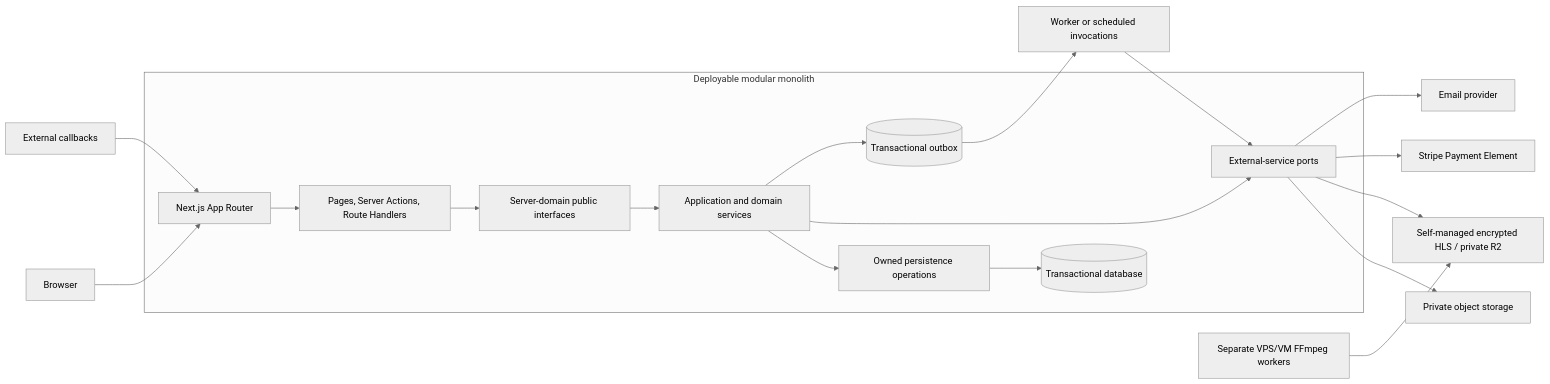
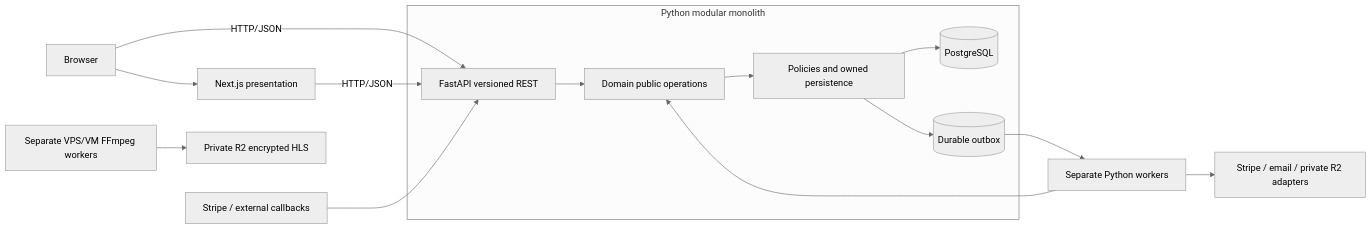
One commit to IBPA-ANDREEVA/lms-academy changed the diagram in docs/architecture/overview.md. Above: the diagram before and after it, drawn with Mermaid (neutral theme). The commit also changed other lines of this file and 511 other files, not shown here.

First line of the commit message:
docs: consolidate Python backend architecture migration

````diff
--- a/docs/architecture/overview.md
+++ b/docs/architecture/overview.md
@@ -74,23 +78,17 @@
 ```mermaid
 flowchart LR
-    Browser[Browser] --> App[Next.js App Router]
-    Provider[External callbacks] --> App
-
-    subgraph Monolith[Deployable modular monolith]
-      App --> Entry[Pages, Server Actions, Route Handlers]
-      Entry --> Public[Server-domain public interfaces]
-      Public --> Services[Application and domain services]
-      Services --> Repos[Owned persistence operations]
-      Services --> Ports[External-service ports]
-      Repos --> DB[(Transactional database)]
-      Services --> Outbox[(Transactional outbox)]
+    Browser[Browser] --> Frontend[Next.js presentation]
+    Browser -->|HTTP/JSON| API[FastAPI versioned REST]
+    Frontend -->|HTTP/JSON| API
+    Provider[Stripe / external callbacks] --> API
+    subgraph Backend[Python modular monolith]
+      API --> Public[Domain public operations]
+      Public --> Rules[Policies and owned persistence]
+      Rules --> DB[(PostgreSQL)]
+      Rules --> Outbox[(Durable outbox)]
     end
-
-    Ports --> Files[Private object storage]
-    Ports --> Video[Self-managed encrypted HLS / private R2]
-    Ports --> Payment[Stripe Payment Element]
-    Ports --> Email[Email provider]
-    Outbox --> Workers[Worker or scheduled invocations]
-    Workers --> Ports
-    Media[Separate VPS/VM FFmpeg workers] --> Video
+    Outbox --> Workers[Separate Python workers]
+    Workers --> Public
+    Workers --> External[Stripe / email / private R2 adapters]
+    Media[Separate VPS/VM FFmpeg workers] --> R2[Private R2 encrypted HLS]
 ```
````
